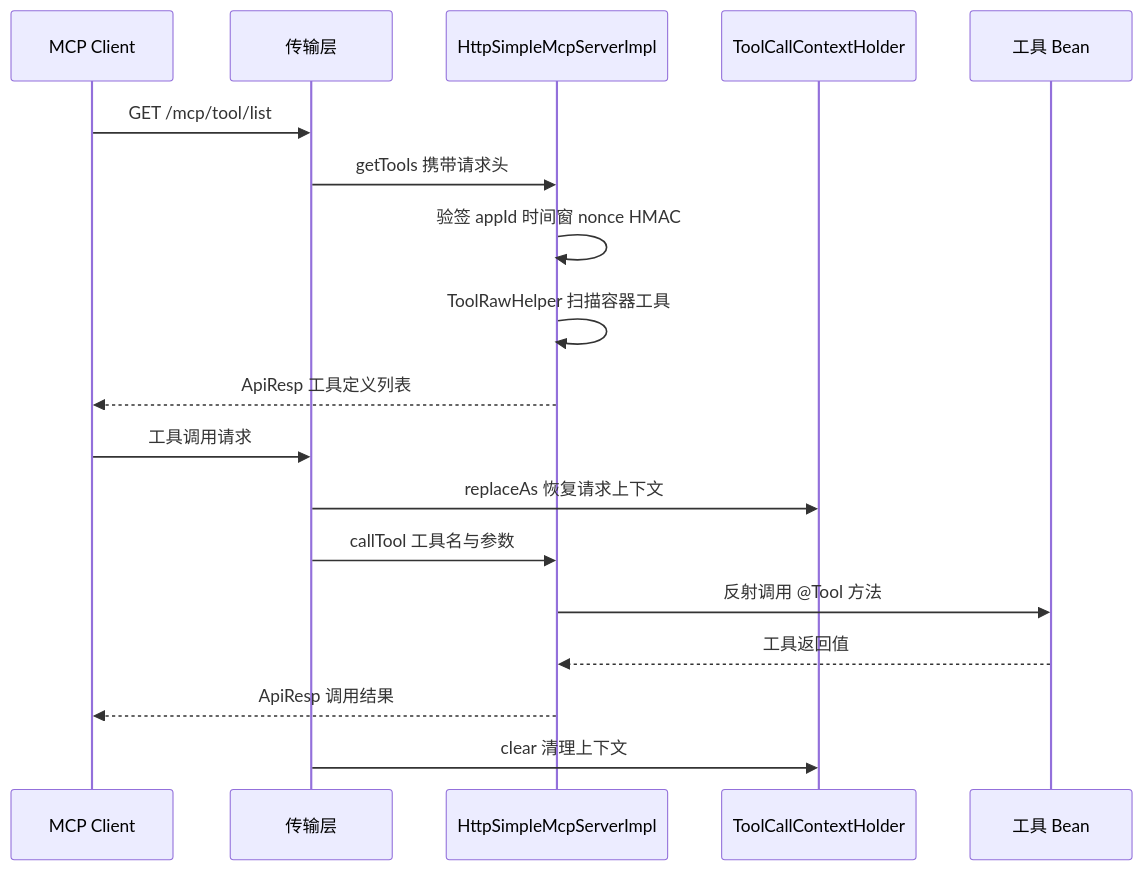
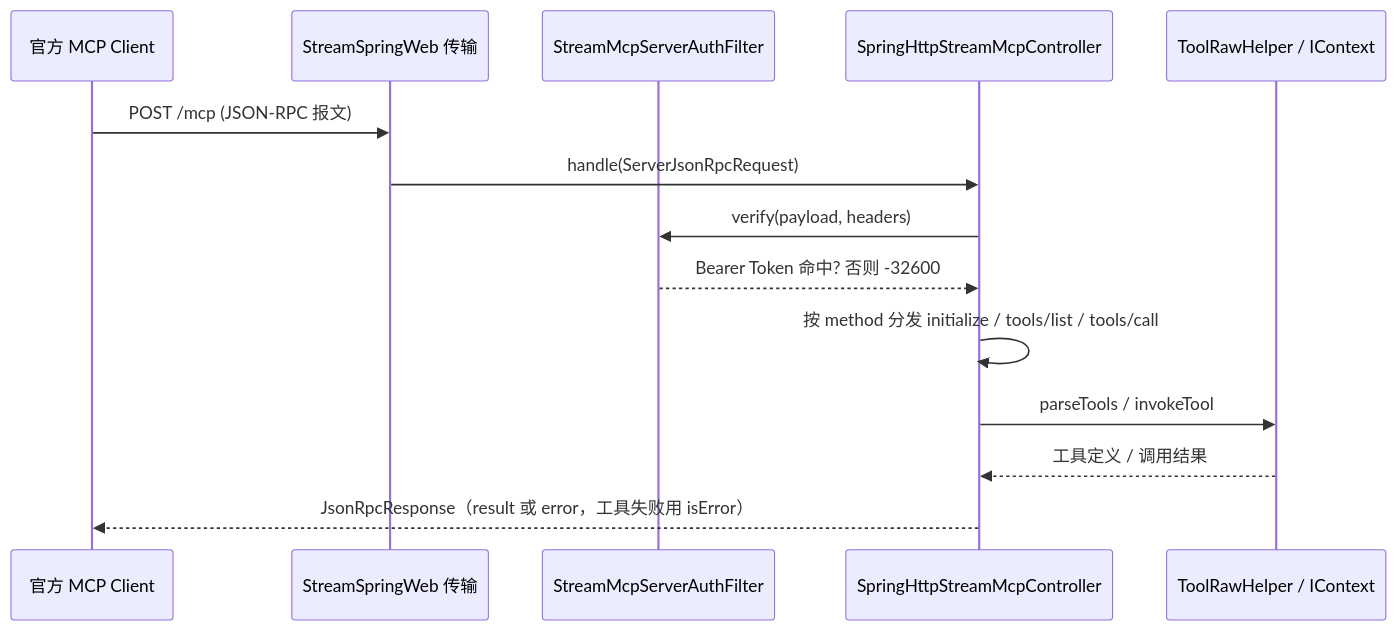
The second of 2 diagrams in .wiki/modules/i2f-springboot/i2f-springboot-ai-mcp-server/readme.md (Ice2Faith/i2f-turbo-java), drawn with Mermaid before and after one commit. The commit also changed other lines of this file and 3 other files, not shown here.

````diff
--- a/.wiki/modules/i2f-springboot/i2f-springboot-ai-mcp-server/readme.md
+++ b/.wiki/modules/i2f-springboot/i2f-springboot-ai-mcp-server/readme.md
@@ -61,22 +73,16 @@
 ```mermaid
 sequenceDiagram
-    participant C as MCP Client
-    participant T as 传输层
-    participant S as HttpSimpleMcpServerImpl
-    participant H as ToolCallContextHolder
-    participant W as 工具 Bean
-
-    C->>T: GET /mcp/tool/list
-    T->>S: getTools 携带请求头
-    S->>S: 验签 appId 时间窗 nonce HMAC
-    S->>S: ToolRawHelper 扫描容器工具
-    S-->>C: ApiResp 工具定义列表
-
-    C->>T: 工具调用请求
-    T->>H: replaceAs 恢复请求上下文
-    T->>S: callTool 工具名与参数
-    S->>W: 反射调用 @Tool 方法
-    W-->>S: 工具返回值
-    S-->>C: ApiResp 调用结果
-    T->>H: clear 清理上下文
+    participant C as 官方 MCP Client
+    participant X as StreamSpringWeb 传输
+    participant A as StreamMcpServerAuthFilter
+    participant K as SpringHttpStreamMcpController
+    participant R as ToolRawHelper / IContext
+    C->>X: POST /mcp (JSON-RPC 报文)
+    X->>K: handle(ServerJsonRpcRequest)
+    K->>A: verify(payload, headers)
+    A-->>K: Bearer Token 命中? 否则 -32600
+    K->>K: 按 method 分发 initialize / tools/list / tools/call
+    K->>R: parseTools / invokeTool
+    R-->>K: 工具定义 / 调用结果
+    K-->>C: JsonRpcResponse（result 或 error，工具失败用 isError）
 ```
````
